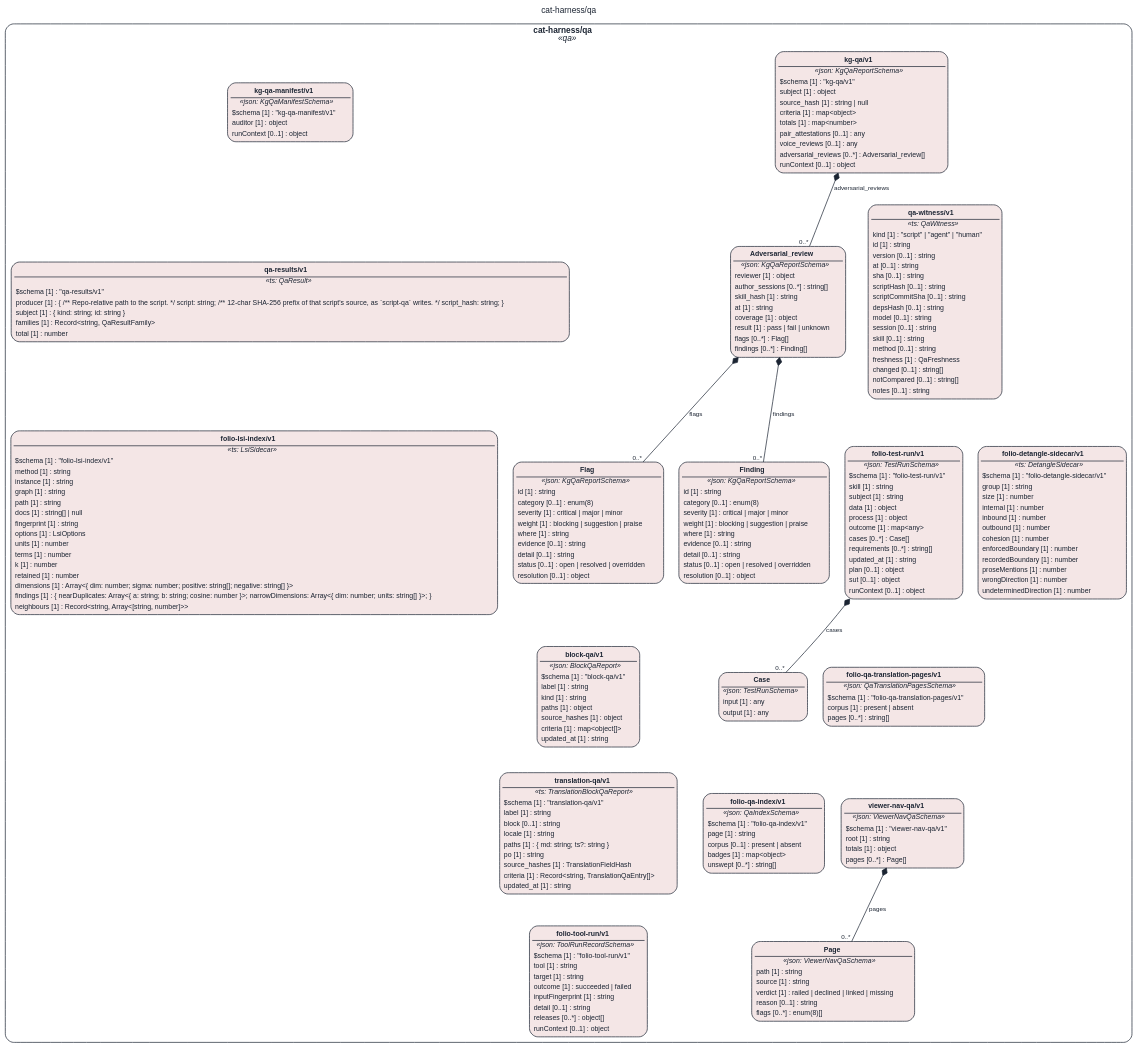
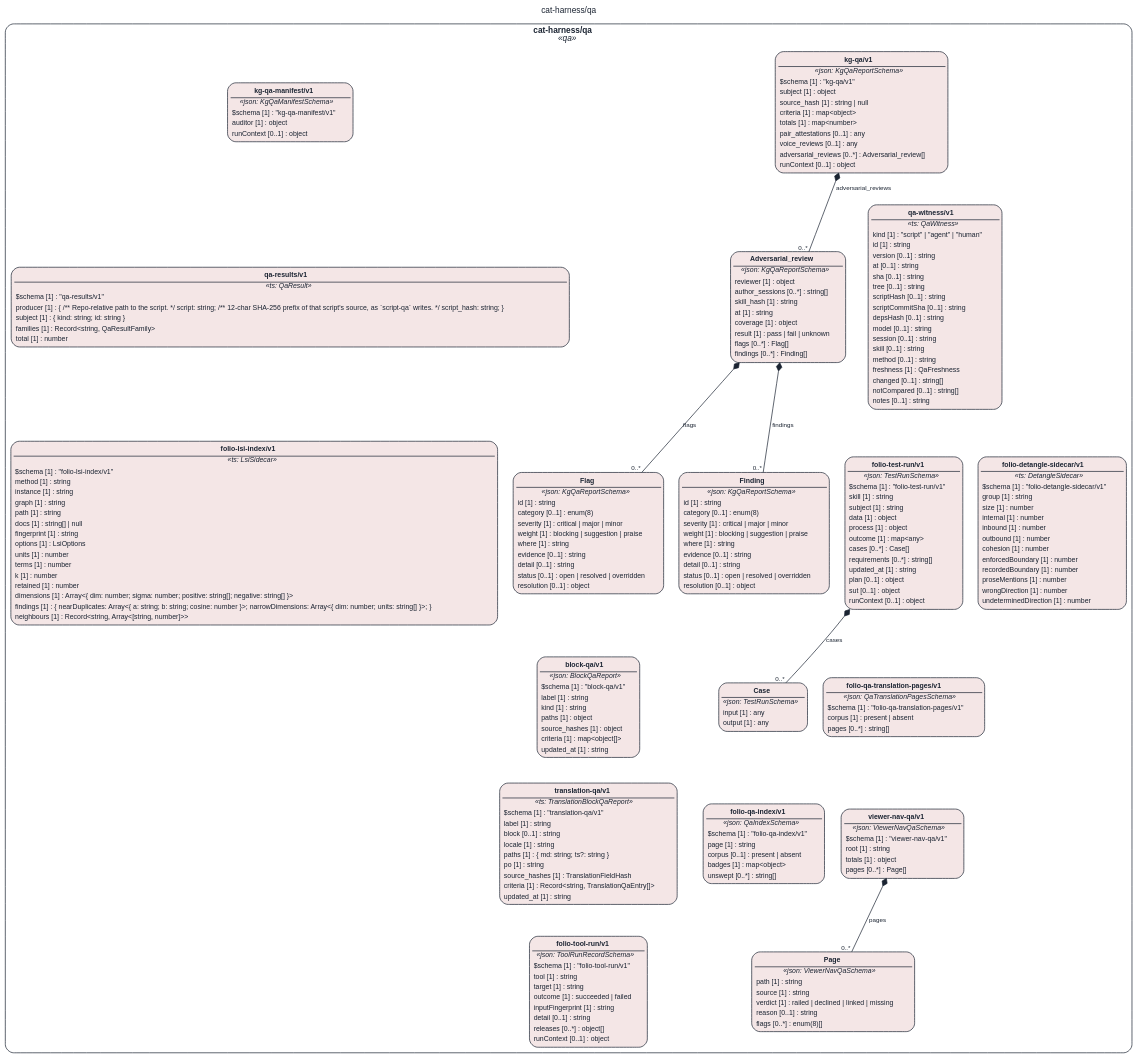
The diagram in assets/img/uml/overview/cat-harness/qa.dot (litlfred/folio-assistant), drawn with Graphviz before and after one commit. The commit also changed 14697 other files, not shown here.

```diff
--- a/assets/img/uml/overview/cat-harness/qa.dot
+++ b/assets/img/uml/overview/cat-harness/qa.dot
@@ -14,7 +14,7 @@
     "cat_harness_qa_block_qa_v1_block_qa_v1" [fillcolor="#f4e6e6", class="fa_uml_kind_qa", label=<<table border="0" cellborder="0" cellspacing="0" cellpadding="2"><tr><td border="1" sides="b"><b>block-qa/v1</b></td></tr><tr><td><i>«json: BlockQaReport»</i></td></tr><tr><td align="left">$schema [1] : &quot;block-qa/v1&quot;</td></tr><tr><td align="left">label [1] : string</td></tr><tr><td align="left">kind [1] : string</td></tr><tr><td align="left">paths [1] : object</td></tr><tr><td align="left">source_hashes [1] : object</td></tr><tr><td align="left">criteria [1] : map&lt;object[]&gt;</td></tr><tr><td align="left">updated_at [1] : string</td></tr></table>>];
     "cat_harness_qa_folio_test_run_v1_Case" [fillcolor="#f4e6e6", class="fa_uml_kind_qa", label=<<table border="0" cellborder="0" cellspacing="0" cellpadding="2"><tr><td border="1" sides="b"><b>Case</b></td></tr><tr><td><i>«json: TestRunSchema»</i></td></tr><tr><td align="left">input [1] : any</td></tr><tr><td align="left">output [1] : any</td></tr></table>>];
     "cat_harness_qa_folio_test_run_v1_folio_test_run_v1" [fillcolor="#f4e6e6", class="fa_uml_kind_qa", label=<<table border="0" cellborder="0" cellspacing="0" cellpadding="2"><tr><td border="1" sides="b"><b>folio-test-run/v1</b></td></tr><tr><td><i>«json: TestRunSchema»</i></td></tr><tr><td align="left">$schema [1] : &quot;folio-test-run/v1&quot;</td></tr><tr><td align="left">skill [1] : string</td></tr><tr><td align="left">subject [1] : string</td></tr><tr><td align="left">data [1] : object</td></tr><tr><td align="left">process [1] : object</td></tr><tr><td align="left">outcome [1] : map&lt;any&gt;</td></tr><tr><td align="left">cases [0..*] : Case[]</td></tr><tr><td align="left">requirements [0..*] : string[]</td></tr><tr><td align="left">updated_at [1] : string</td></tr><tr><td align="left">plan [0..1] : object</td></tr><tr><td align="left">sut [0..1] : object</td></tr><tr><td align="left">runContext [0..1] : object</td></tr></table>>];
-    "cat_harness_qa_qa_witness_v1" [fillcolor="#f4e6e6", class="fa_uml_kind_qa", label=<<table border="0" cellborder="0" cellspacing="0" cellpadding="2"><tr><td border="1" sides="b"><b>qa-witness/v1</b></td></tr><tr><td><i>«ts: QaWitness»</i></td></tr><tr><td align="left">kind [1] : &quot;script&quot; | &quot;agent&quot; | &quot;human&quot;</td></tr><tr><td align="left">id [1] : string</td></tr><tr><td align="left">version [0..1] : string</td></tr><tr><td align="left">at [0..1] : string</td></tr><tr><td align="left">sha [0..1] : string</td></tr><tr><td align="left">scriptHash [0..1] : string</td></tr><tr><td align="left">scriptCommitSha [0..1] : string</td></tr><tr><td align="left">depsHash [0..1] : string</td></tr><tr><td align="left">model [0..1] : string</td></tr><tr><td align="left">session [0..1] : string</td></tr><tr><td align="left">skill [0..1] : string</td></tr><tr><td align="left">method [0..1] : string</td></tr><tr><td align="left">freshness [1] : QaFreshness</td></tr><tr><td align="left">changed [0..1] : string[]</td></tr><tr><td align="left">notCompared [0..1] : string[]</td></tr><tr><td align="left">notes [0..1] : string</td></tr></table>>];
+    "cat_harness_qa_qa_witness_v1" [fillcolor="#f4e6e6", class="fa_uml_kind_qa", label=<<table border="0" cellborder="0" cellspacing="0" cellpadding="2"><tr><td border="1" sides="b"><b>qa-witness/v1</b></td></tr><tr><td><i>«ts: QaWitness»</i></td></tr><tr><td align="left">kind [1] : &quot;script&quot; | &quot;agent&quot; | &quot;human&quot;</td></tr><tr><td align="left">id [1] : string</td></tr><tr><td align="left">version [0..1] : string</td></tr><tr><td align="left">at [0..1] : string</td></tr><tr><td align="left">sha [0..1] : string</td></tr><tr><td align="left">tree [0..1] : string</td></tr><tr><td align="left">scriptHash [0..1] : string</td></tr><tr><td align="left">scriptCommitSha [0..1] : string</td></tr><tr><td align="left">depsHash [0..1] : string</td></tr><tr><td align="left">model [0..1] : string</td></tr><tr><td align="left">session [0..1] : string</td></tr><tr><td align="left">skill [0..1] : string</td></tr><tr><td align="left">method [0..1] : string</td></tr><tr><td align="left">freshness [1] : QaFreshness</td></tr><tr><td align="left">changed [0..1] : string[]</td></tr><tr><td align="left">notCompared [0..1] : string[]</td></tr><tr><td align="left">notes [0..1] : string</td></tr></table>>];
     "cat_harness_qa_qa_results_v1" [fillcolor="#f4e6e6", class="fa_uml_kind_qa", label=<<table border="0" cellborder="0" cellspacing="0" cellpadding="2"><tr><td border="1" sides="b"><b>qa-results/v1</b></td></tr><tr><td><i>«ts: QaResult»</i></td></tr><tr><td align="left">$schema [1] : &quot;qa-results/v1&quot;</td></tr><tr><td align="left">producer [1] : { /** Repo-relative path to the script. */ script: string; /** 12-char SHA-256 prefix of that script's source, as `script-qa` writes. */ script_hash: string; }</td></tr><tr><td align="left">subject [1] : { kind: string; id: string }</td></tr><tr><td align="left">families [1] : Record&lt;string, QaResultFamily&gt;</td></tr><tr><td align="left">total [1] : number</td></tr></table>>];
     "cat_harness_qa_translation_qa_v1" [fillcolor="#f4e6e6", class="fa_uml_kind_qa", label=<<table border="0" cellborder="0" cellspacing="0" cellpadding="2"><tr><td border="1" sides="b"><b>translation-qa/v1</b></td></tr><tr><td><i>«ts: TranslationBlockQaReport»</i></td></tr><tr><td align="left">$schema [1] : &quot;translation-qa/v1&quot;</td></tr><tr><td align="left">label [1] : string</td></tr><tr><td align="left">block [0..1] : string</td></tr><tr><td align="left">locale [1] : string</td></tr><tr><td align="left">paths [1] : { md: string; ts?: string }</td></tr><tr><td align="left">po [1] : string</td></tr><tr><td align="left">source_hashes [1] : TranslationFieldHash</td></tr><tr><td align="left">criteria [1] : Record&lt;string, TranslationQaEntry[]&gt;</td></tr><tr><td align="left">updated_at [1] : string</td></tr></table>>];
     "cat_harness_qa_folio_qa_index_v1_folio_qa_index_v1" [fillcolor="#f4e6e6", class="fa_uml_kind_qa", label=<<table border="0" cellborder="0" cellspacing="0" cellpadding="2"><tr><td border="1" sides="b"><b>folio-qa-index/v1</b></td></tr><tr><td><i>«json: QaIndexSchema»</i></td></tr><tr><td align="left">$schema [1] : &quot;folio-qa-index/v1&quot;</td></tr><tr><td align="left">page [1] : string</td></tr><tr><td align="left">corpus [0..1] : present | absent</td></tr><tr><td align="left">badges [1] : map&lt;object&gt;</td></tr><tr><td align="left">unswept [0..*] : string[]</td></tr></table>>];
```
